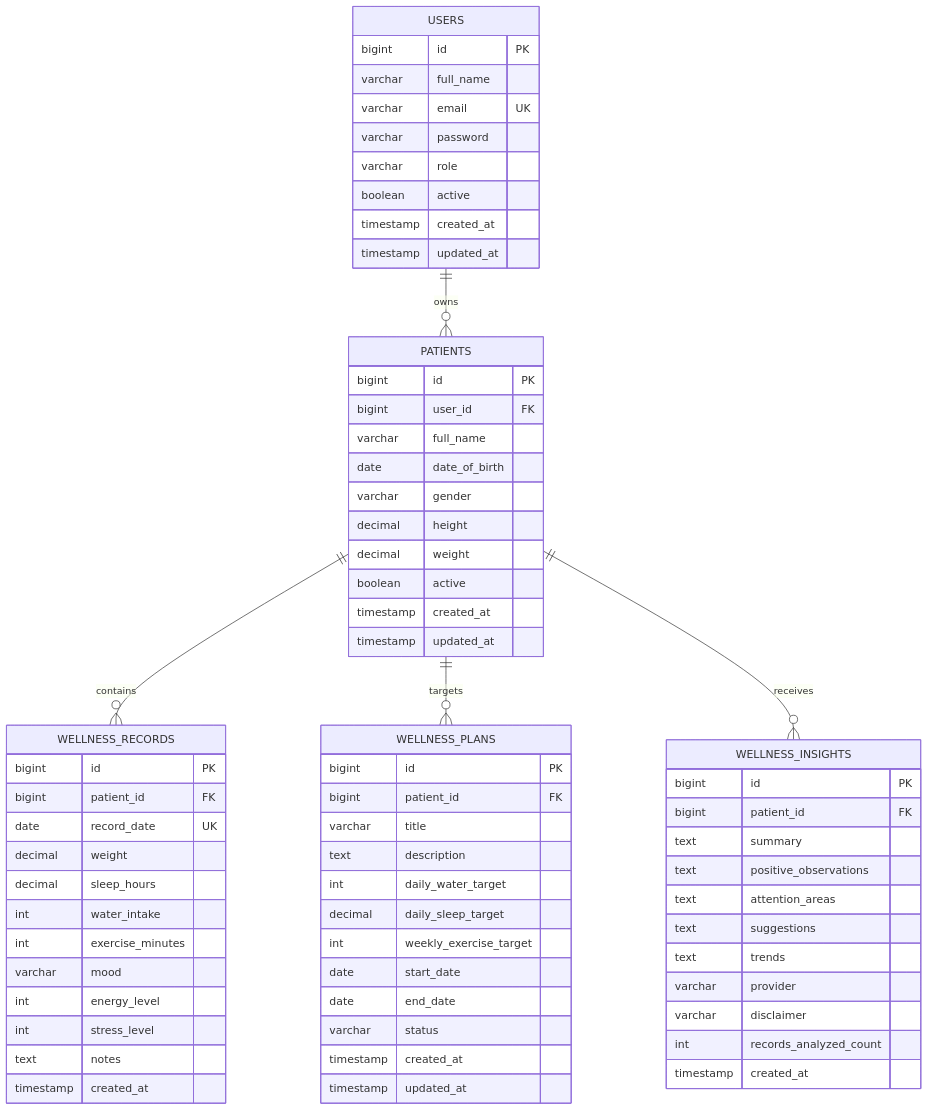
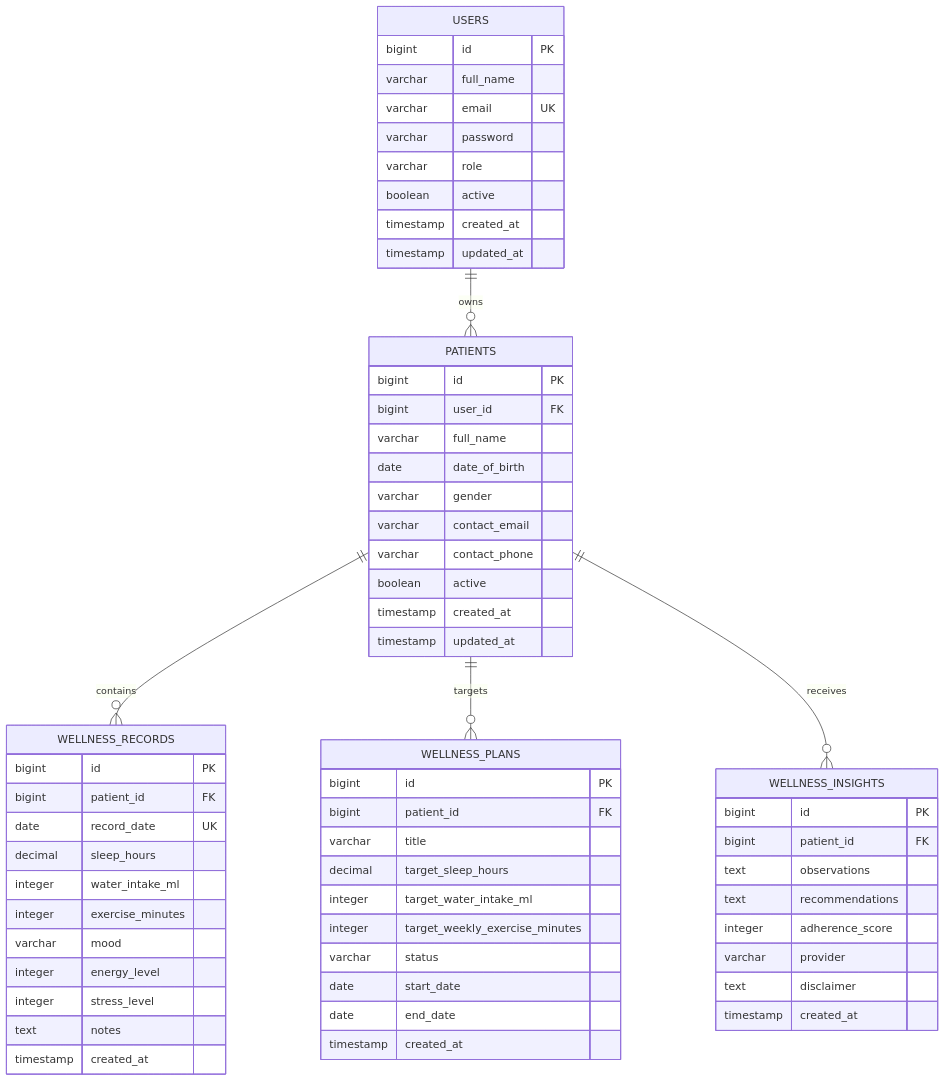
The second of 2 diagrams in README.md (Bharathsirikonda/ai-patient-wellness-monitoring-system), drawn with Mermaid before and after one commit. The commit also changed other lines of this file and 121 other files, not shown here.

````diff
--- a/README.md
+++ b/README.md
@@ -127,75 +131,69 @@
 ```mermaid
 erDiagram
     USERS ||--o{ PATIENTS : "owns"
     PATIENTS ||--o{ WELLNESS_RECORDS : "contains"
     PATIENTS ||--o{ WELLNESS_PLANS : "targets"
     PATIENTS ||--o{ WELLNESS_INSIGHTS : "receives"
 
     USERS {
         bigint id PK
         varchar full_name
         varchar email UK
         varchar password
         varchar role
         boolean active
         timestamp created_at
         timestamp updated_at
     }
 
     PATIENTS {
         bigint id PK
         bigint user_id FK
         varchar full_name
         date date_of_birth
         varchar gender
-        decimal height
-        decimal weight
+        varchar contact_email
+        varchar contact_phone
         boolean active
         timestamp created_at
         timestamp updated_at
     }
 
     WELLNESS_RECORDS {
         bigint id PK
         bigint patient_id FK
         date record_date UK
-        decimal weight
         decimal sleep_hours
-        int water_intake
-        int exercise_minutes
+        integer water_intake_ml
+        integer exercise_minutes
         varchar mood
-        int energy_level
-        int stress_level
+        integer energy_level
+        integer stress_level
         text notes
         timestamp created_at
     }
 
     WELLNESS_PLANS {
         bigint id PK
         bigint patient_id FK
         varchar title
-        text description
-        int daily_water_target
-        decimal daily_sleep_target
-        int weekly_exercise_target
+        decimal target_sleep_hours
+        integer target_water_intake_ml
+        integer target_weekly_exercise_minutes
+        varchar status
         date start_date
         date end_date
-        varchar status
         timestamp created_at
-        timestamp updated_at
     }
 
     WELLNESS_INSIGHTS {
         bigint id PK
         bigint patient_id FK
-        text summary
-        text positive_observations
-        text attention_areas
-        text suggestions
-        text trends
+        text observations
+        text recommendations
+        integer adherence_score
         varchar provider
-        varchar disclaimer
-        int records_analyzed_count
+        text disclaimer
         timestamp created_at
     }
 ```
````
